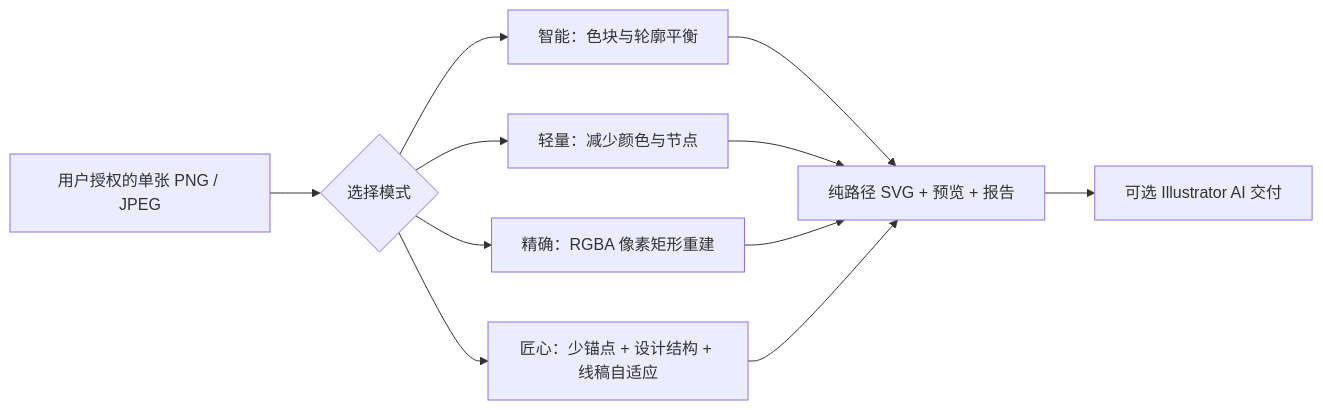
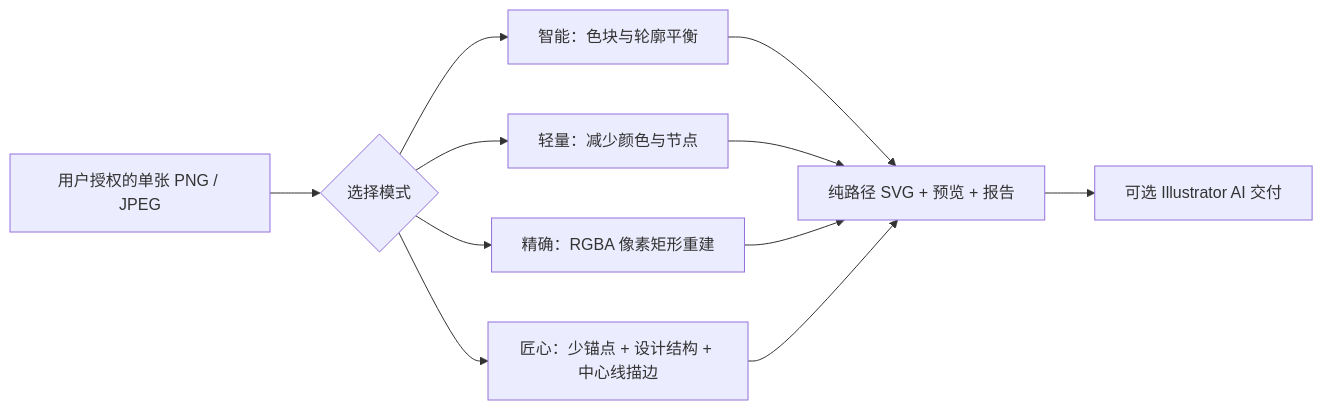
Before and after one commit to jianbaorui07-dot/Codex-Integration-with-Creative-Industry-Software: the first of 2 diagrams in README.md, drawn with Mermaid. The commit also changed other lines of this file and 10 other files, not shown here.

````diff
--- a/README.md
+++ b/README.md
@@ -14,13 +14,13 @@
 ```mermaid
 flowchart LR
   A["用户授权的单张 PNG / JPEG"] --> B{"选择模式"}
   B --> C["智能：色块与轮廓平衡"]
   B --> D["轻量：减少颜色与节点"]
   B --> E["精确：RGBA 像素矩形重建"]
-  B --> H["匠心：少锚点 + 设计结构 + 线稿自适应"]
+  B --> H["匠心：少锚点 + 设计结构 + 中心线描边"]
   C --> F["纯路径 SVG + 预览 + 报告"]
   D --> F
   E --> F
   H --> F
   F --> G["可选 Illustrator AI 交付"]
 ```
````
